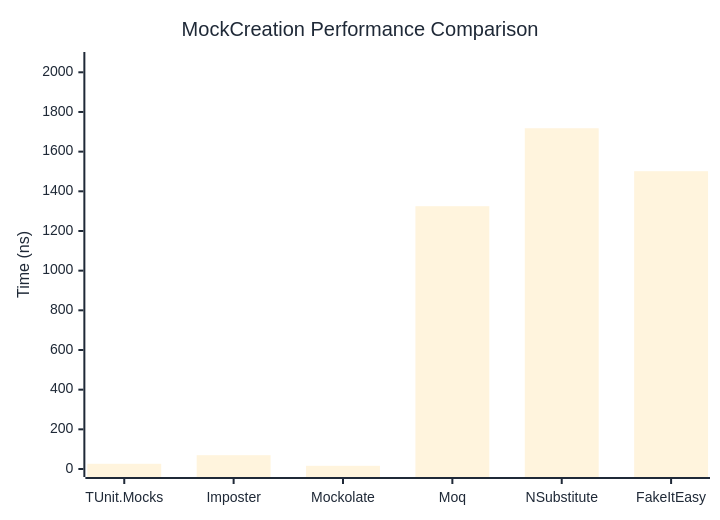
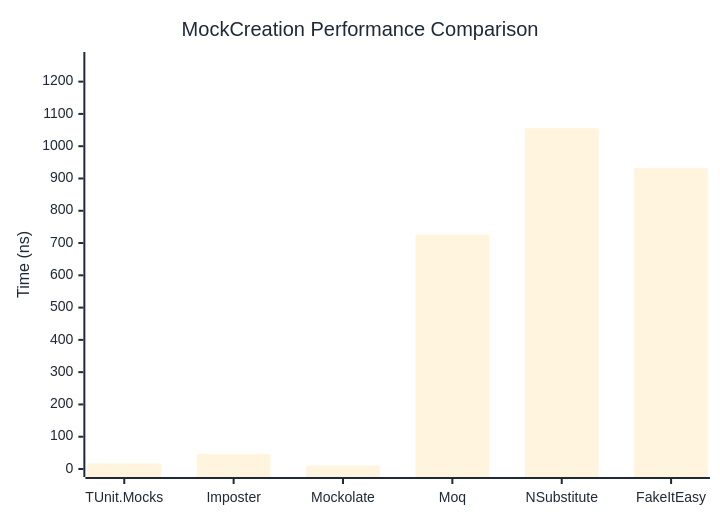
Before and after one commit to thomhurst/TUnit: the first of 2 diagrams in docs/docs/benchmarks/mocks/MockCreation.md, drawn with Mermaid. The commit also changed other lines of this file and 14 other files, not shown here.

````diff
--- a/docs/docs/benchmarks/mocks/MockCreation.md
+++ b/docs/docs/benchmarks/mocks/MockCreation.md
@@ -30,27 +30,27 @@
 ```mermaid
 %%{init: {
   'theme':'base',
   'themeVariables': {
     'primaryColor': '#2563eb',
     'primaryTextColor': '#1f2937',
     'primaryBorderColor': '#1e40af',
     'lineColor': '#6b7280',
     'secondaryColor': '#7c3aed',
     'tertiaryColor': '#dc2626',
     'background': '#ffffff',
     'pie1': '#2563eb',
     'pie2': '#7c3aed',
     'pie3': '#dc2626',
     'pie4': '#f59e0b',
     'pie5': '#10b981',
     'pie6': '#06b6d4',
     'pie7': '#ec4899',
     'pie8': '#6366f1'
   }
 }}%%
 xychart-beta
   title "MockCreation Performance Comparison"
   x-axis ["TUnit.Mocks", "Imposter", "Mockolate", "Moq", "NSubstitute", "FakeItEasy"]
-  y-axis "Time (ns)" 0 --> 2062
-  bar [26.34, 69.58, 16.08, 1325.03, 1717.95, 1501.36]
+  y-axis "Time (ns)" 0 --> 1267
+  bar [17.13, 46.11, 10.17, 726.25, 1055.43, 931.99]
 ```
````
